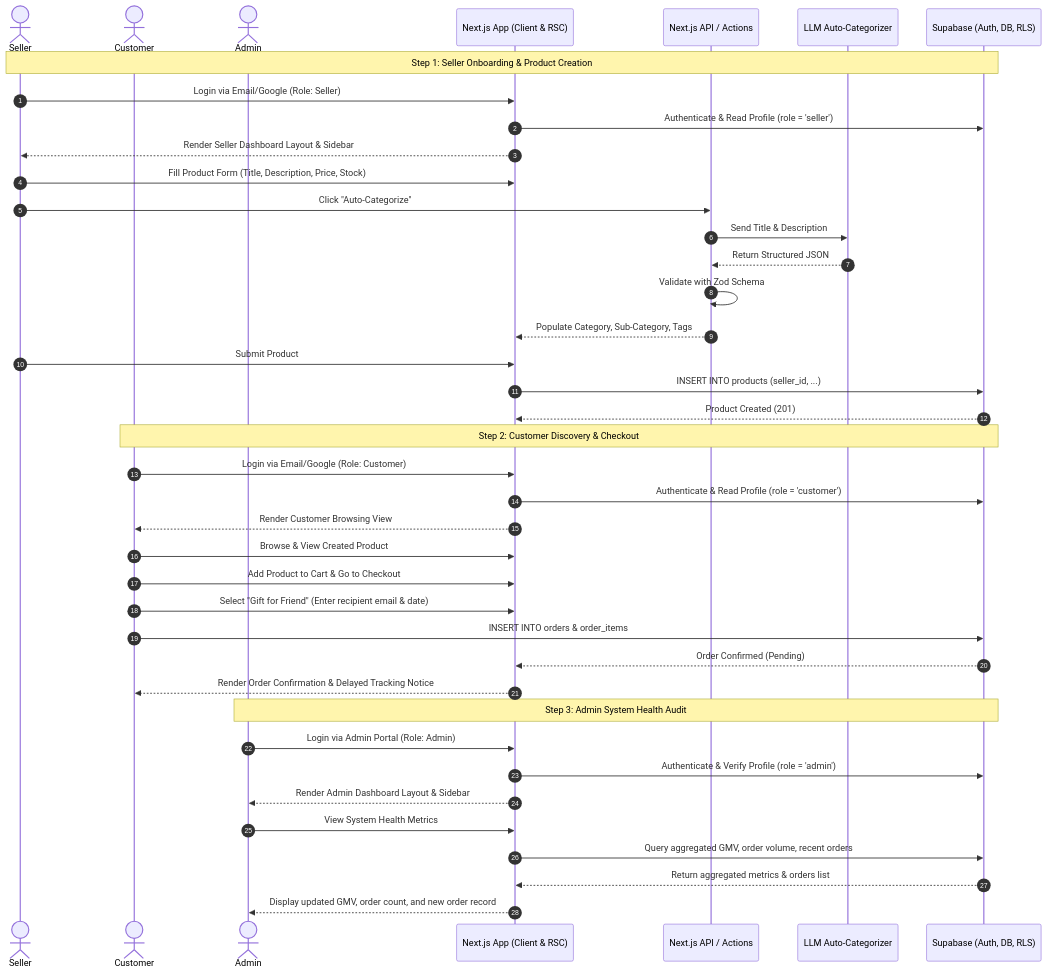
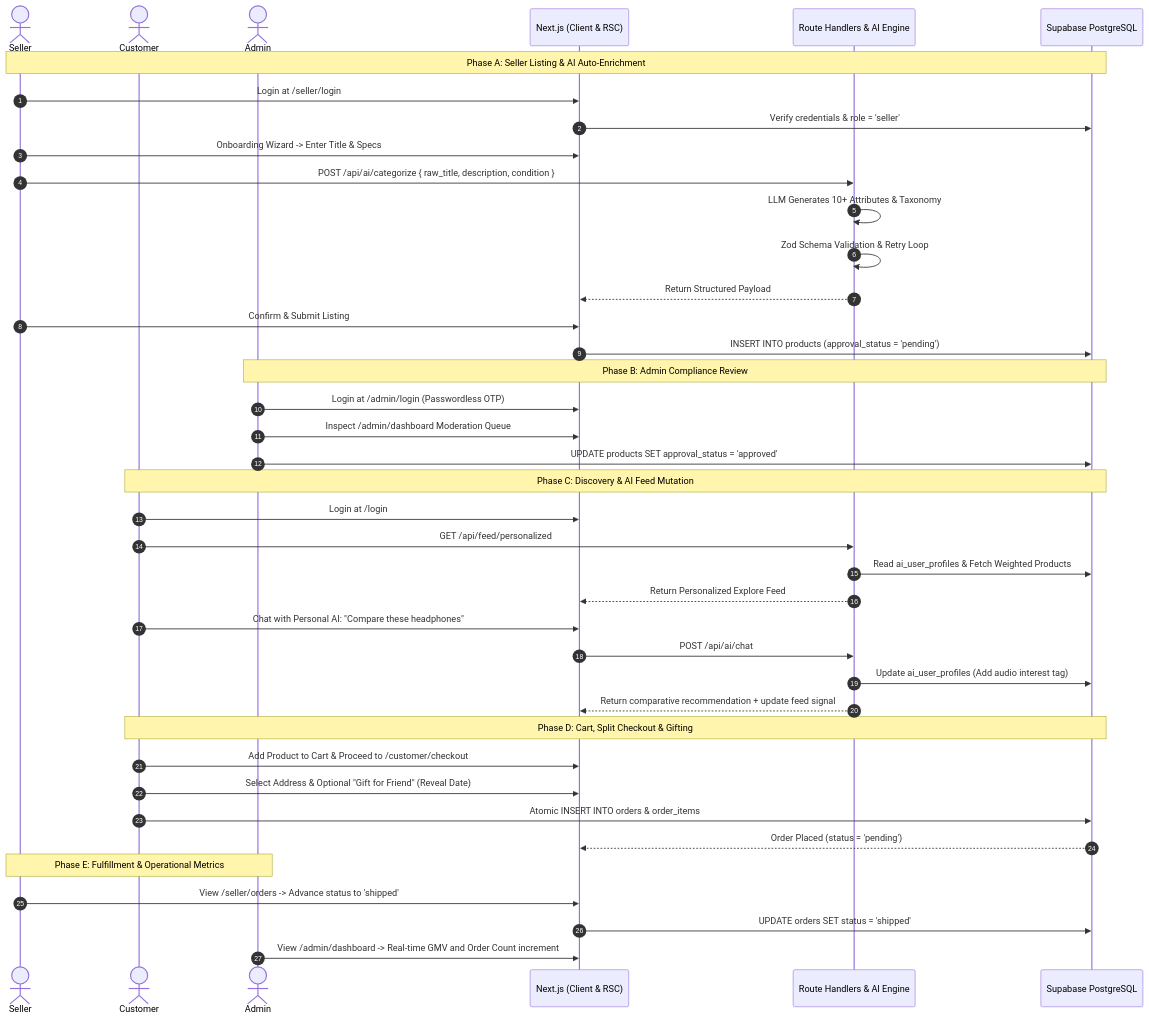
The second of 2 diagrams in prd.md (nikhilkumarsjinnovation/shopspheres), drawn with Mermaid before and after one commit. The commit also changed other lines of this file and 50 other files, not shown here.

````diff
--- a/prd.md
+++ b/prd.md
@@ -220,48 +412,52 @@
 ```mermaid
 sequenceDiagram
     autonumber
     actor Seller
     actor Customer
     actor Admin
-    participant App as Next.js App (Client & RSC)
-    participant API as Next.js API / Actions
-    participant AI as LLM Auto-Categorizer
-    participant DB as Supabase (Auth, DB, RLS)
+    participant App as Next.js (Client & RSC)
+    participant API as Route Handlers & AI Engine
+    participant DB as Supabase PostgreSQL
 
-    %% Step 1: Seller Adds Product
-    Note over Seller, DB: Step 1: Seller Onboarding & Product Creation
-    Seller->>App: Login via Email/Google (Role: Seller)
-    App->>DB: Authenticate & Read Profile (role = 'seller')
-    App-->>Seller: Render Seller Dashboard Layout & Sidebar
-    Seller->>App: Fill Product Form (Title, Description, Price, Stock)
-    Seller->>API: Click "Auto-Categorize"
-    API->>AI: Send Title & Description
-    AI-->>API: Return Structured JSON
-    API->>API: Validate with Zod Schema
-    API-->>App: Populate Category, Sub-Category, Tags
-    Seller->>App: Submit Product
-    App->>DB: INSERT INTO products (seller_id, ...)
-    DB-->>App: Product Created (201)
+    %% 1. Seller Onboards Product
+    Note over Seller, DB: Phase A: Seller Listing & AI Auto-Enrichment
+    Seller->>App: Login at /seller/login
+    App->>DB: Verify credentials & role = 'seller'
+    Seller->>App: Onboarding Wizard -> Enter Title & Specs
+    Seller->>API: POST /api/ai/categorize { raw_title, description, condition }
+    API->>API: LLM Generates 10+ Attributes & Taxonomy
+    API->>API: Zod Schema Validation & Retry Loop
+    API-->>App: Return Structured Payload
+    Seller->>App: Confirm & Submit Listing
+    App->>DB: INSERT INTO products (approval_status = 'pending')
 
-    %% Step 2: Customer Buys Product
-    Note over Customer, DB: Step 2: Customer Discovery & Checkout
-    Customer->>App: Login via Email/Google (Role: Customer)
-    App->>DB: Authenticate & Read Profile (role = 'customer')
-    App-->>Customer: Render Customer Browsing View
-    Customer->>App: Browse & View Created Product
-    Customer->>App: Add Product to Cart & Go to Checkout
-    Customer->>App: Select "Gift for Friend" (Enter recipient email & date)
-    Customer->>DB: INSERT INTO orders & order_items
-    DB-->>App: Order Confirmed (Pending)
-    App-->>Customer: Render Order Confirmation & Delayed Tracking Notice
+    %% 2. Admin Moderation
+    Note over Admin, DB: Phase B: Admin Compliance Review
+    Admin->>App: Login at /admin/login (Passwordless OTP)
+    Admin->>App: Inspect /admin/dashboard Moderation Queue
+    Admin->>DB: UPDATE products SET approval_status = 'approved'
 
-    %% Step 3: Admin Observes Metrics
-    Note over Admin, DB: Step 3: Admin System Health Audit
-    Admin->>App: Login via Admin Portal (Role: Admin)
-    App->>DB: Authenticate & Verify Profile (role = 'admin')
-    App-->>Admin: Render Admin Dashboard Layout & Sidebar
-    Admin->>App: View System Health Metrics
-    App->>DB: Query aggregated GMV, order volume, recent orders
-    DB-->>App: Return aggregated metrics & orders list
-    App-->>Admin: Display updated GMV, order count, and new order record
+    %% 3. Customer Discovery & AI Personalization
+    Note over Customer, DB: Phase C: Discovery & AI Feed Mutation
+    Customer->>App: Login at /login
+    Customer->>API: GET /api/feed/personalized
+    API->>DB: Read ai_user_profiles & Fetch Weighted Products
+    API-->>App: Return Personalized Explore Feed
+    Customer->>App: Chat with Personal AI: "Compare these headphones"
+    App->>API: POST /api/ai/chat
+    API->>DB: Update ai_user_profiles (Add audio interest tag)
+    API-->>App: Return comparative recommendation + update feed signal
+
+    %% 4. Order & Checkout
+    Note over Customer, DB: Phase D: Cart, Split Checkout & Gifting
+    Customer->>App: Add Product to Cart & Proceed to /customer/checkout
+    Customer->>App: Select Address & Optional "Gift for Friend" (Reveal Date)
+    Customer->>DB: Atomic INSERT INTO orders & order_items
+    DB-->>App: Order Placed (status = 'pending')
+
+    %% 5. Fulfillment & Health Telemetry
+    Note over Seller, Admin: Phase E: Fulfillment & Operational Metrics
+    Seller->>App: View /seller/orders -> Advance status to 'shipped'
+    App->>DB: UPDATE orders SET status = 'shipped'
+    Admin->>App: View /admin/dashboard -> Real-time GMV and Order Count increment
 ```
````
